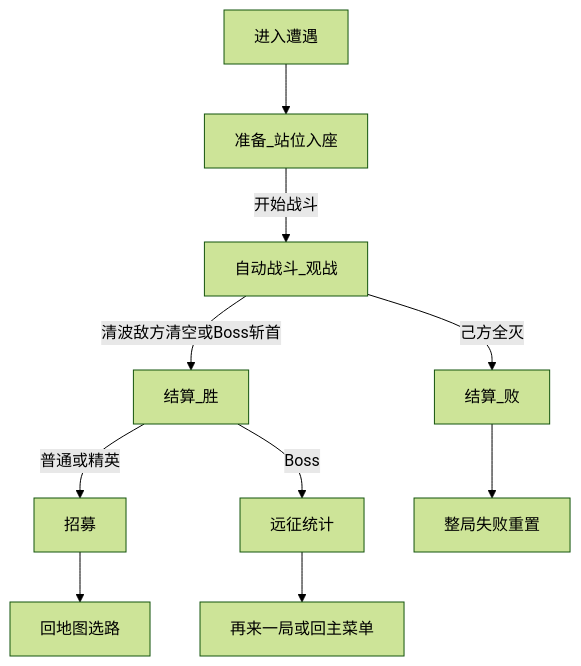
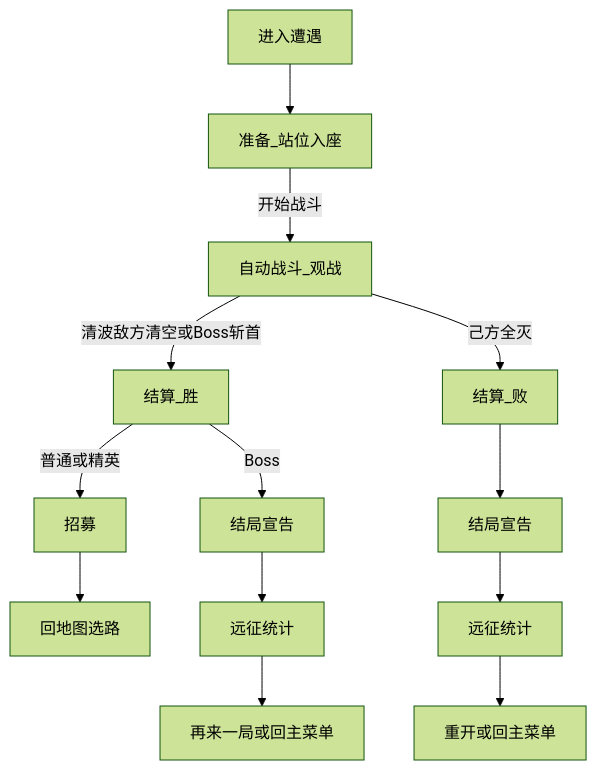
One commit to Kanerickyz/project-autochess changed the diagram in Documents/Features/COMBAT.md. Above: the diagram before and after it, drawn with Mermaid (forest theme). The commit also changed other lines of this file and 10 other files, not shown here.

````diff
--- a/Documents/Features/COMBAT.md
+++ b/Documents/Features/COMBAT.md
@@ -92,10 +92,10 @@
 ```mermaid
 flowchart TD
   Enter[进入遭遇] --> Prep[准备_站位入座]
   Prep -->|开始战斗| Combat[自动战斗_观战]
   Combat -->|清波敌方清空或Boss斩首| WinResolve[结算_胜]
   Combat -->|己方全灭| LoseResolve[结算_败]
   WinResolve -->|普通或精英| Recruit[招募] --> BackMap[回地图选路]
-  WinResolve -->|Boss| RunStats[远征统计] --> RunWin[再来一局或回主菜单]
-  LoseResolve --> RunLose[整局失败重置]
+  WinResolve -->|Boss| RunResult[结局宣告] --> RunStats[远征统计] --> RunWin[再来一局或回主菜单]
+  LoseResolve --> RunLoseResult[结局宣告] --> RunLoseStats[远征统计] --> RunLose[重开或回主菜单]
 ```
````
